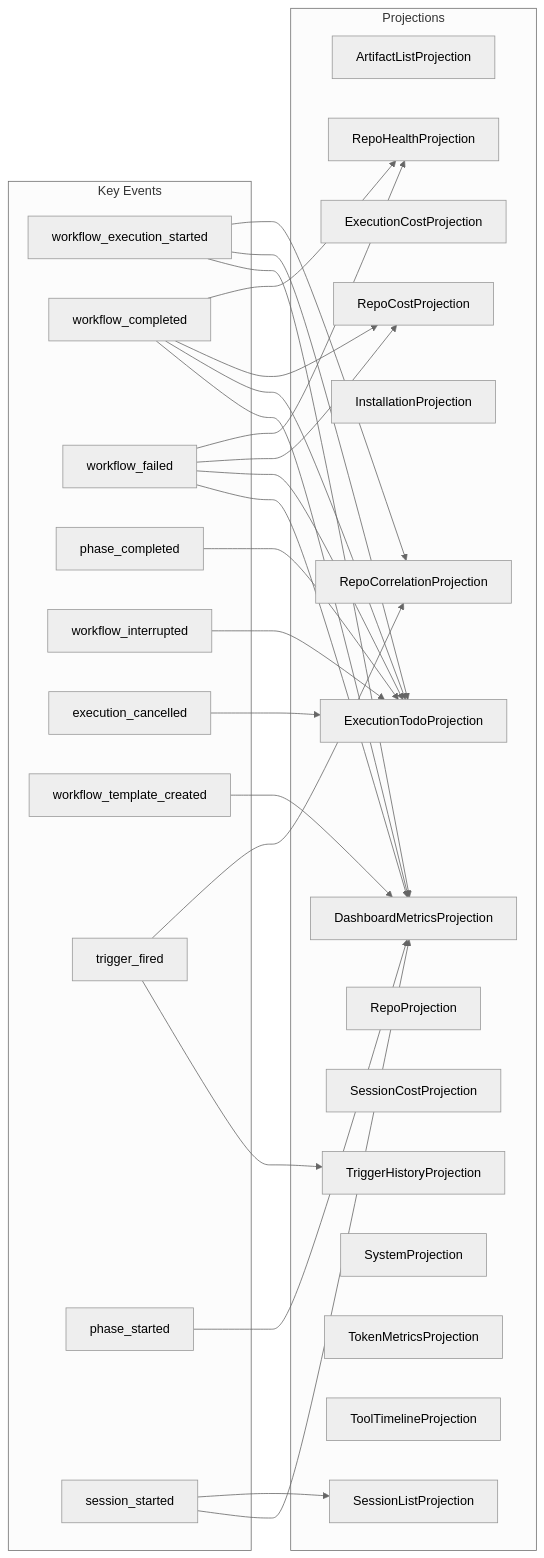
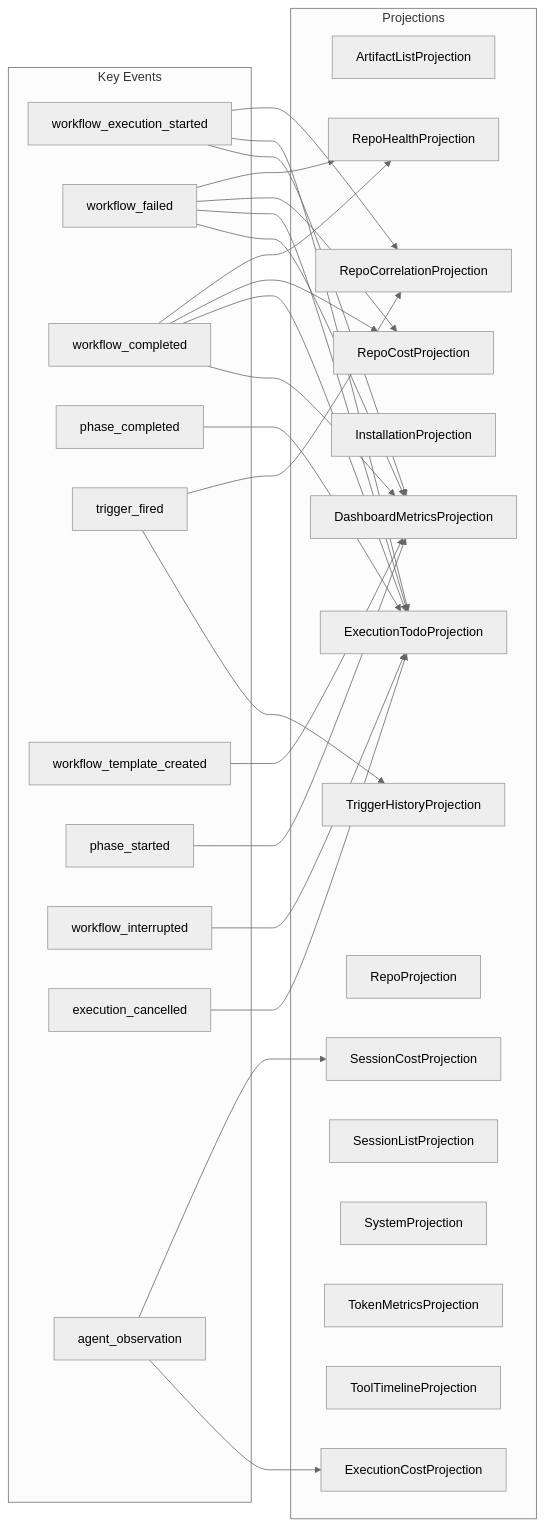
Before and after one commit to syntropic137/syntropic137: the diagram in docs/architecture/projection-subscriptions.md, drawn with Mermaid (neutral theme). The commit also changed other lines of this file and 41 other files, not shown here.

````diff
--- a/docs/architecture/projection-subscriptions.md
+++ b/docs/architecture/projection-subscriptions.md
@@ -15,54 +15,54 @@
 ```mermaid
 graph LR
     subgraph events["Key Events"]
         e1[workflow_execution_started]
-        e2[workflow_completed]
-        e3[workflow_failed]
+        e2[workflow_failed]
+        e3[workflow_completed]
         e4[phase_completed]
-        e5[workflow_interrupted]
-        e6[execution_cancelled]
-        e7[workflow_template_created]
-        e8[trigger_fired]
-        e9[phase_started]
-        e10[session_started]
+        e5[trigger_fired]
+        e6[workflow_template_created]
+        e7[phase_started]
+        e8[workflow_interrupted]
+        e9[execution_cancelled]
+        e10[agent_observation]
     end
 
     subgraph projections["Projections"]
         p1[ArtifactListProjection]
         p2[DashboardMetricsProjection]
         p3[ExecutionCostProjection]
         p4[ExecutionTodoProjection]
         p5[InstallationProjection]
         p6[RepoCorrelationProjection]
         p7[RepoCostProjection]
         p8[RepoHealthProjection]
         p9[RepoProjection]
         p10[SessionCostProjection]
         p11[SessionListProjection]
         p12[SystemProjection]
         p13[TokenMetricsProjection]
         p14[ToolTimelineProjection]
         p15[TriggerHistoryProjection]
     end
 
+    e10 --> p10
+    e10 --> p3
+    e5 --> p6
+    e5 --> p15
+    e6 --> p2
     e2 --> p8
     e2 --> p7
     e2 --> p4
     e2 --> p2
-    e5 --> p4
-    e6 --> p4
-    e10 --> p11
-    e10 --> p2
-    e4 --> p4
-    e7 --> p2
-    e8 --> p6
-    e8 --> p15
     e1 --> p6
     e1 --> p4
     e1 --> p2
+    e7 --> p2
+    e8 --> p4
+    e9 --> p4
     e3 --> p8
     e3 --> p7
     e3 --> p4
     e3 --> p2
-    e9 --> p2
+    e4 --> p4
 ```
````
